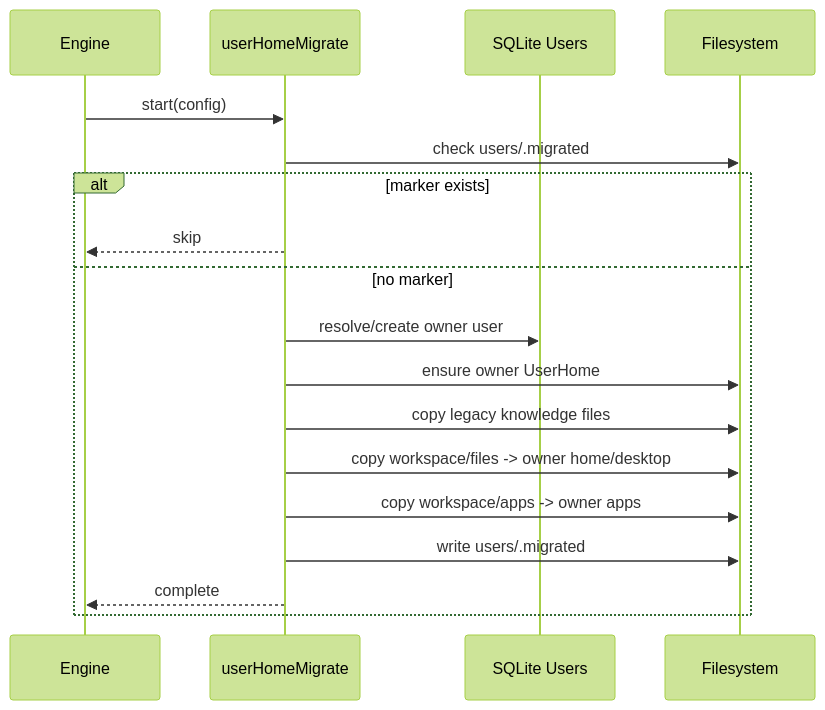
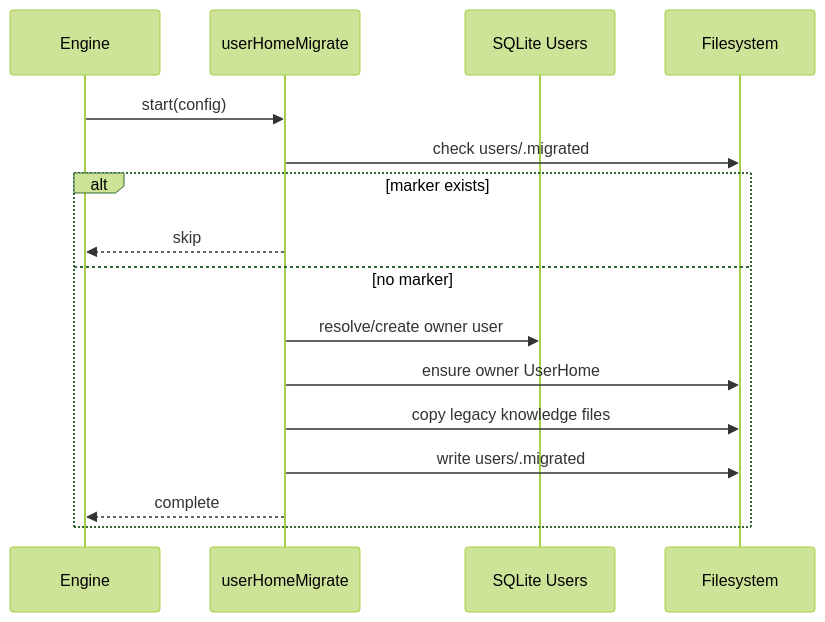
One commit to ex3ndr/daycare changed the second of 2 diagrams in packages/daycare/sources/engine/users/README.md. Above: the diagram before and after it, drawn with Mermaid (forest theme). The commit also changed other lines of this file and 178 other files, not shown here.

````diff
--- a/packages/daycare/sources/engine/users/README.md
+++ b/packages/daycare/sources/engine/users/README.md
@@ -50,21 +50,19 @@
 ```mermaid
 sequenceDiagram
     participant Engine
     participant Migrate as userHomeMigrate
     participant DB as SQLite Users
     participant FS as Filesystem
 
     Engine->>Migrate: start(config)
     Migrate->>FS: check users/.migrated
     alt marker exists
         Migrate-->>Engine: skip
     else no marker
         Migrate->>DB: resolve/create owner user
         Migrate->>FS: ensure owner UserHome
         Migrate->>FS: copy legacy knowledge files
-        Migrate->>FS: copy workspace/files -> owner home/desktop
-        Migrate->>FS: copy workspace/apps -> owner apps
         Migrate->>FS: write users/.migrated
         Migrate-->>Engine: complete
     end
 ```
````
